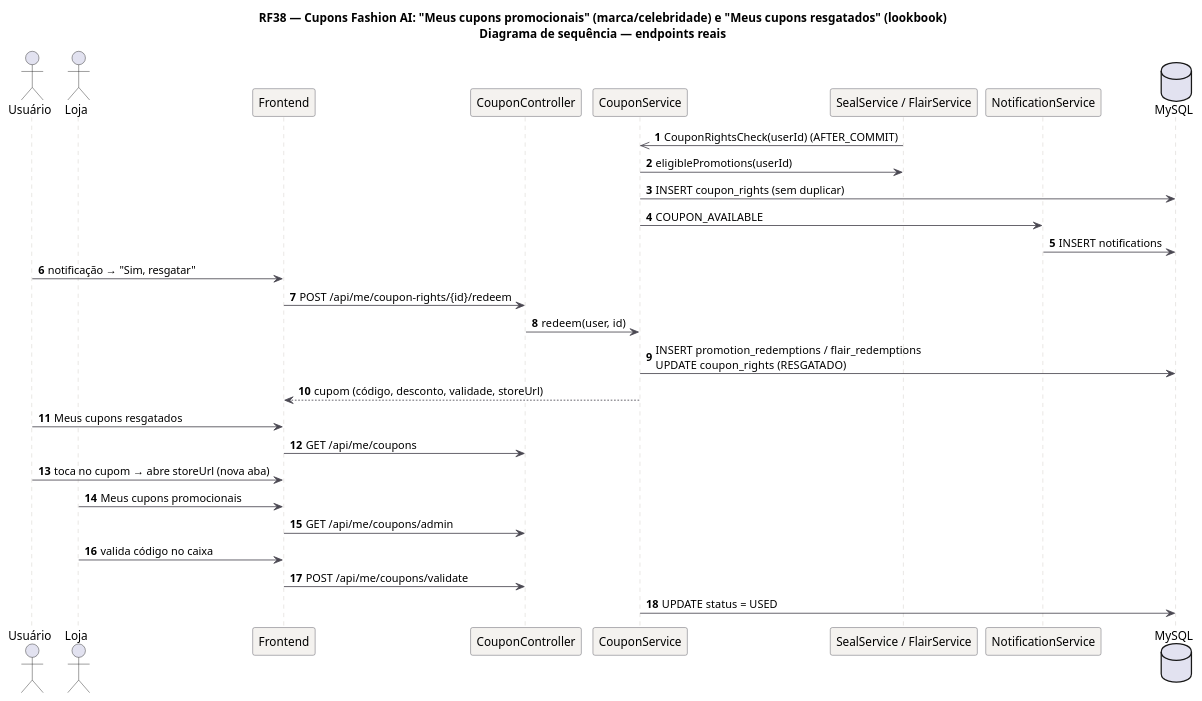
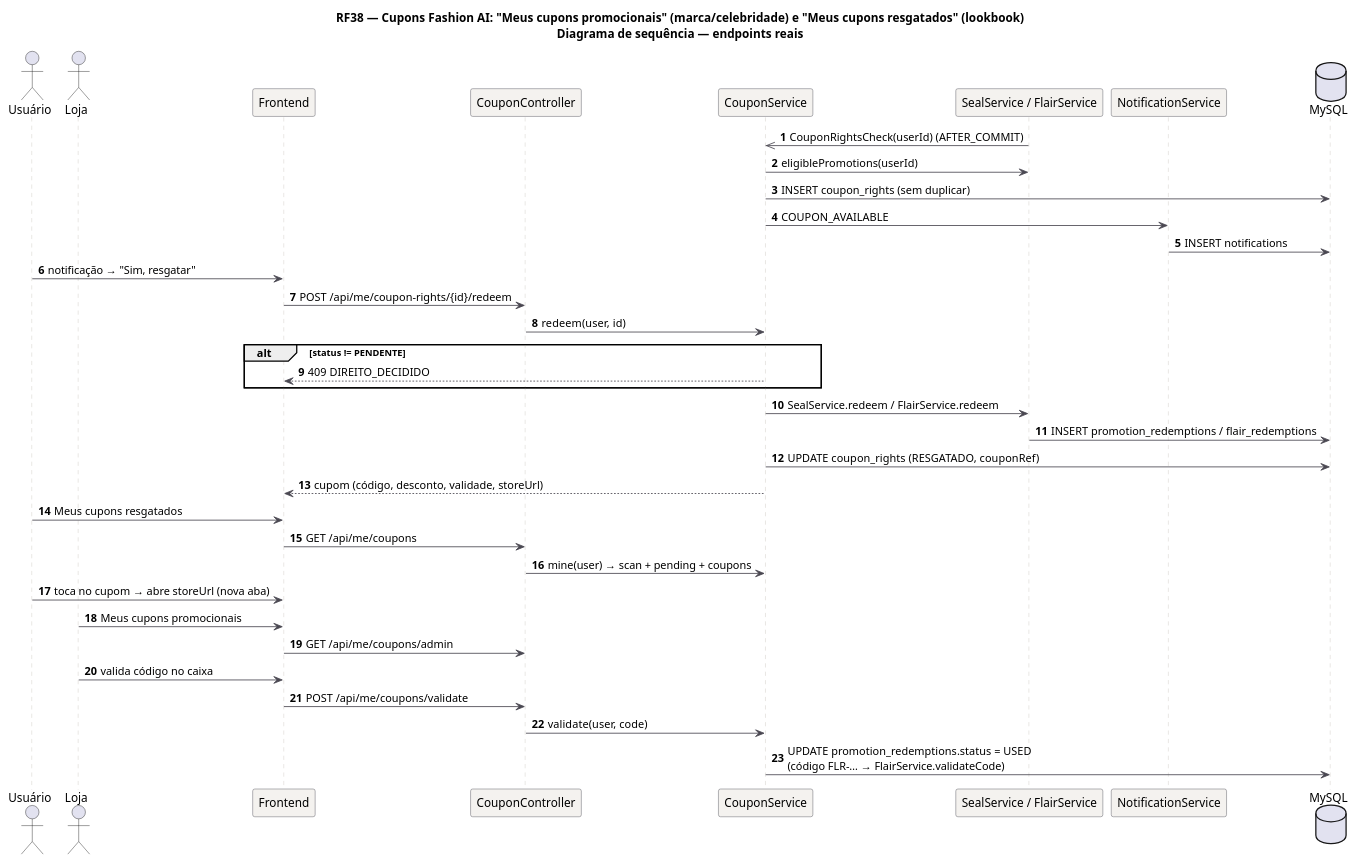
The diagram in docs/diagramas/RF38/RF38-sequencia.puml (MatheusHaliski/tcc-2026-fashion-ai-backend), drawn with PlantUML before and after one commit. The commit also changed 14 other files, not shown here.

First line of the commit message:
docs(rf38,rf39): diagramas revisados contra o Trello e o código atual

```diff
--- a/docs/diagramas/RF38/RF38-sequencia.puml
+++ b/docs/diagramas/RF38/RF38-sequencia.puml
@@ -1,37 +1,44 @@
 @startuml RF38_Sequencia
 title RF38 — Cupons Fashion AI: "Meus cupons promocionais" (marca/celebridade) e "Meus cupons resgatados" (lookbook)\nDiagrama de sequência — endpoints reais
 skinparam backgroundColor #FFFFFF
 skinparam sequence {
   ArrowColor #4A4852
   LifeLineBorderColor #CBC6BE
   ParticipantBackgroundColor #F4F2EF
   ParticipantBorderColor #4A4852
 }
 autonumber
 actor Usuário as U
 actor Loja as L
 participant "Frontend" as FE
 participant "CouponController" as C
 participant "CouponService" as S
 participant "SealService / FlairService" as SRC
 participant "NotificationService" as N
 database "MySQL" as DB
 SRC ->> S: CouponRightsCheck(userId) (AFTER_COMMIT)
 S -> SRC: eligiblePromotions(userId)
 S -> DB: INSERT coupon_rights (sem duplicar)
 S -> N: COUPON_AVAILABLE
 N -> DB: INSERT notifications
 U -> FE: notificação → "Sim, resgatar"
 FE -> C: POST /api/me/coupon-rights/{id}/redeem
 C -> S: redeem(user, id)
-S -> DB: INSERT promotion_redemptions / flair_redemptions\nUPDATE coupon_rights (RESGATADO)
+alt status != PENDENTE
+  S --> FE: 409 DIREITO_DECIDIDO
+end
+S -> SRC: SealService.redeem / FlairService.redeem
+SRC -> DB: INSERT promotion_redemptions / flair_redemptions
+S -> DB: UPDATE coupon_rights (RESGATADO, couponRef)
 S --> FE: cupom (código, desconto, validade, storeUrl)
 U -> FE: Meus cupons resgatados
 FE -> C: GET /api/me/coupons
+C -> S: mine(user) → scan + pending + coupons
 U -> FE: toca no cupom → abre storeUrl (nova aba)
 L -> FE: Meus cupons promocionais
 FE -> C: GET /api/me/coupons/admin
 L -> FE: valida código no caixa
 FE -> C: POST /api/me/coupons/validate
-S -> DB: UPDATE status = USED
+C -> S: validate(user, code)
+S -> DB: UPDATE promotion_redemptions.status = USED\n(código FLR-… → FlairService.validateCode)
 @enduml
```
